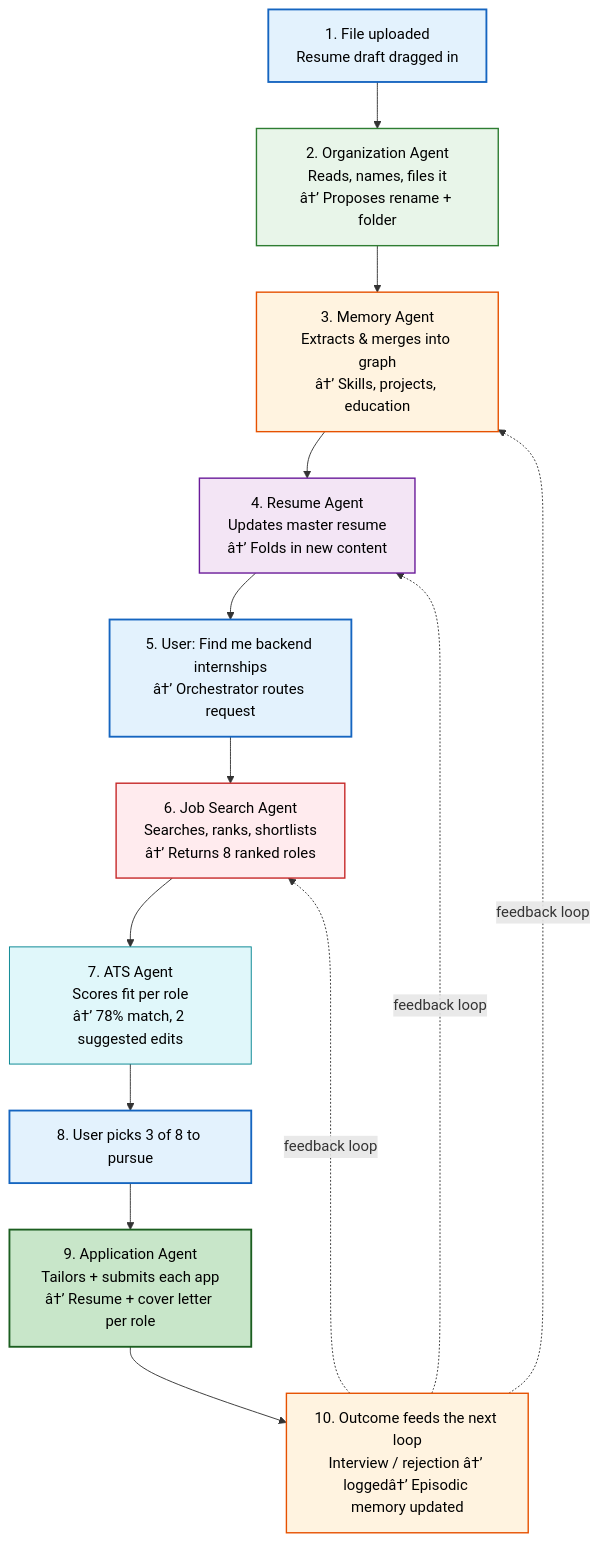
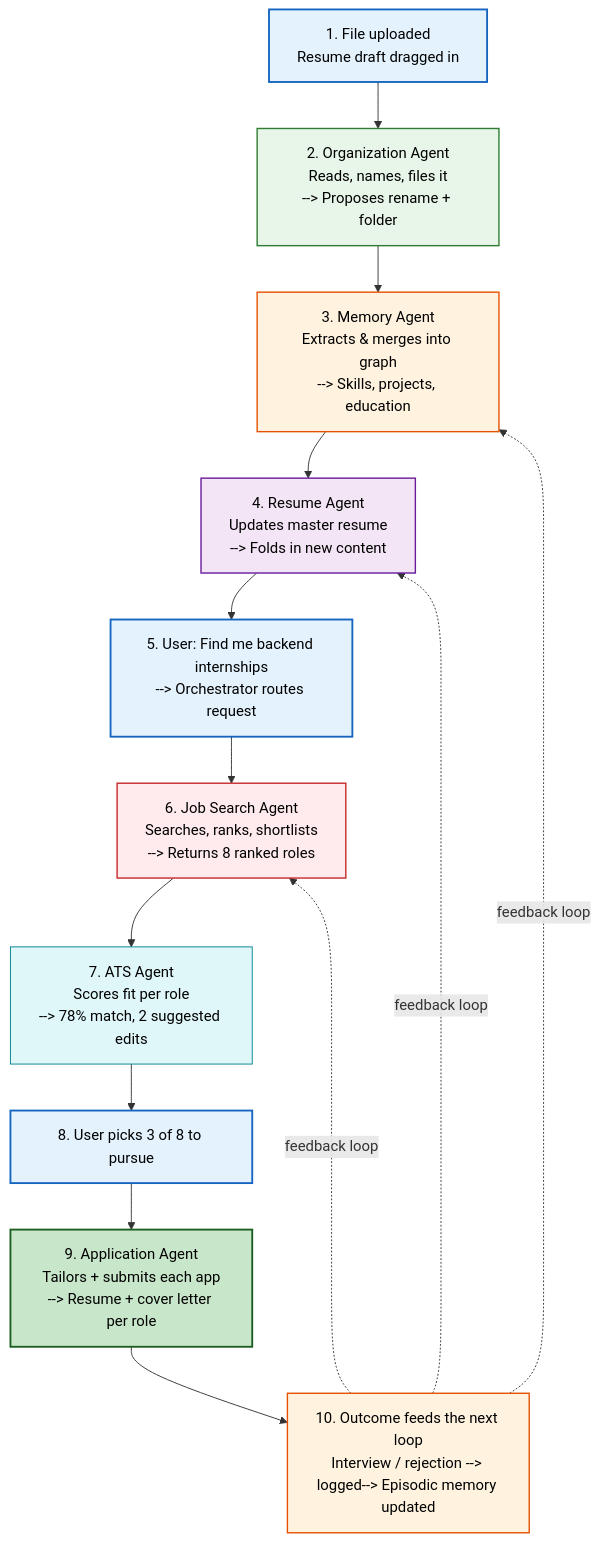
The diagram in Docs/03-agent-workflow.md (Driftloom/Vaeloom), drawn with Mermaid before and after one commit. The commit also changed other lines of this file and 5 other files, not shown here.

Commit message:
docs: add MVP specification and system architecture documents

````diff
--- a/Docs/03-agent-workflow.md
+++ b/Docs/03-agent-workflow.md
@@ -27,24 +27,24 @@
 ```mermaid
 graph TD
     classDef trigger fill:#e3f2fd,stroke:#1565c0,color:#000,stroke-width:2px
     classDef org fill:#e8f5e9,stroke:#2e7d32,color:#000,stroke-width:1.5px
     classDef memory fill:#fff3e0,stroke:#e65100,color:#000,stroke-width:1.5px
     classDef resume fill:#f3e5f5,stroke:#6a1b9a,color:#000,stroke-width:1.5px
     classDef search fill:#ffebee,stroke:#c62828,color:#000,stroke-width:1.5px
     classDef ats fill:#e0f7fa,stroke:#00838f,color:#000,stroke-width:1px
     classDef apply fill:#c8e6c9,stroke:#1b5e20,color:#000,stroke-width:2px
 
     T["1. File uploaded<br/>Resume draft dragged in"]:::trigger
-    O["2. Organization Agent<br/>Reads, names, files it<br/>â†’ Proposes rename + folder"]:::org
-    MEM["3. Memory Agent<br/>Extracts & merges into graph<br/>â†’ Skills, projects, education"]:::memory
-    R["4. Resume Agent<br/>Updates master resume<br/>â†’ Folds in new content"]:::resume
-    U["5. User: Find me backend internships<br/>â†’ Orchestrator routes request"]:::trigger
-    J["6. Job Search Agent<br/>Searches, ranks, shortlists<br/>â†’ Returns 8 ranked roles"]:::search
-    ATS["7. ATS Agent<br/>Scores fit per role<br/>â†’ 78% match, 2 suggested edits"]:::ats
+    O["2. Organization Agent<br/>Reads, names, files it<br/>--> Proposes rename + folder"]:::org
+    MEM["3. Memory Agent<br/>Extracts & merges into graph<br/>--> Skills, projects, education"]:::memory
+    R["4. Resume Agent<br/>Updates master resume<br/>--> Folds in new content"]:::resume
+    U["5. User: Find me backend internships<br/>--> Orchestrator routes request"]:::trigger
+    J["6. Job Search Agent<br/>Searches, ranks, shortlists<br/>--> Returns 8 ranked roles"]:::search
+    ATS["7. ATS Agent<br/>Scores fit per role<br/>--> 78% match, 2 suggested edits"]:::ats
     AP["8. User picks 3 of 8 to pursue"]:::trigger
-    APP["9. Application Agent<br/>Tailors + submits each app<br/>â†’ Resume + cover letter per role"]:::apply
-    FB["10. Outcome feeds the next loop<br/>Interview / rejection â†’ loggedâ†’ Episodic memory updated"]:::memory
+    APP["9. Application Agent<br/>Tailors + submits each app<br/>--> Resume + cover letter per role"]:::apply
+    FB["10. Outcome feeds the next loop<br/>Interview / rejection --> logged--> Episodic memory updated"]:::memory
 
     T --> O --> MEM --> R --> U --> J --> ATS --> AP --> APP --> FB
     FB -.->|feedback loop| MEM & R & J
 ```
````
